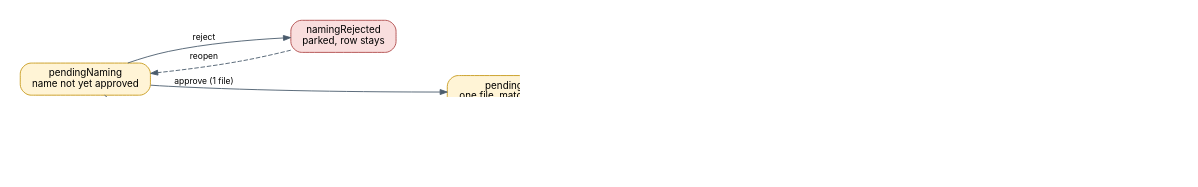
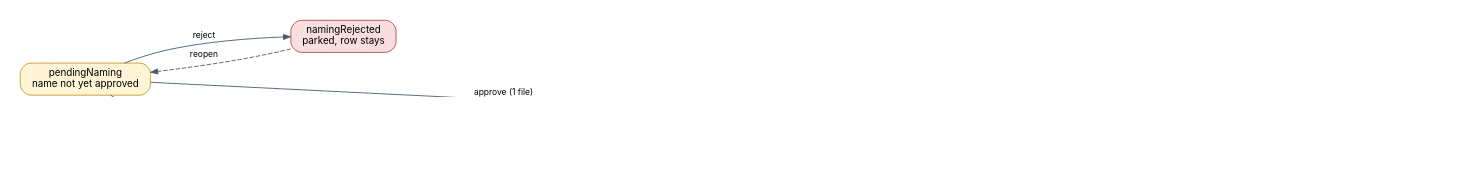
The diagram in Documentation/images/src/stages.dot (MediaMetadataManager/MediaMetadataManager), drawn with Graphviz before and after one commit. The commit also changed 17 other files, not shown here.

```diff
--- a/Documentation/images/src/stages.dot
+++ b/Documentation/images/src/stages.dot
@@ -1,23 +1,23 @@
 digraph S {
   graph [rankdir=LR, fontname="Inter", bgcolor="white", nodesep=0.35, ranksep=0.55, pad=0.3, dpi=170];
   node  [shape=box, style="rounded,filled", fontname="Inter", fontsize=11, color="#2b5d8a", fillcolor="#e6f0fa", margin="0.16,0.09"];
   edge  [fontname="Inter", fontsize=9.5, color="#4a5b6c", arrowsize=0.8];
   pn  [label="pendingNaming\nname not yet approved", fillcolor="#fff4d6", color="#c79a1c"];
   nr  [label="namingRejected\nparked, row stays", fillcolor="#f9dede", color="#b04a4a"];
-  pm  [label="pendingMetadata\none file, match not confident", fillcolor="#fff4d6", color="#c79a1c"];
+  pm  [label="pendingMetadata\none file, match not confident\nor nothing found", fillcolor="#fff4d6", color="#c79a1c"];
   ps  [label="pendingMergeSelection\nseveral files, order unconfirmed", fillcolor="#fff4d6", color="#c79a1c"];
   mg  [label="merging"];
   mf  [label="mergeFailed\nreason shown on the row", fillcolor="#f9dede", color="#b04a4a"];
   pl  [label="pendingLibraryMove\nitem resolved, in the Queue"];
-  dn  [label="done\nin Ready for Media Library", fillcolor="#2f7d4f", fontcolor="white", color="#2f7d4f"];
+  dn  [label="done\ndelivered (staging folder\nor final destination)", fillcolor="#2f7d4f", fontcolor="white", color="#2f7d4f"];
   pn -> nr [label="reject"];
   nr -> pn [label="reopen", style=dashed];
   pn -> pm [label="approve (1 file)"];
   pn -> ps [label="approve (several)"];
-  pm -> pl [label="confident, or you confirm"];
+  pm -> pl [label="confident, or you confirm\n(or continue without metadata)"];
   ps -> mg [label="auto-merge, or you confirm"];
-  mg -> pl [label="success"];
+  mg -> pm [label="success: merged file\ngets the same check"];
   mg -> mf [label="failure"];
   mf -> ps [label="reopen and retry", style=dashed];
   pl -> dn [label="Queue Start finishes"];
 }
```
